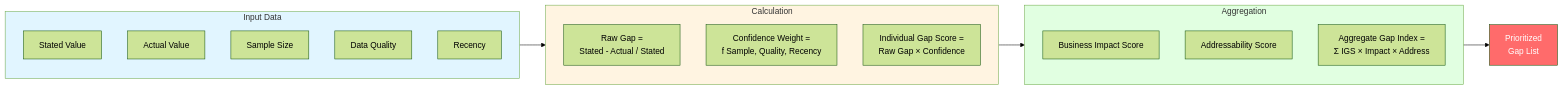
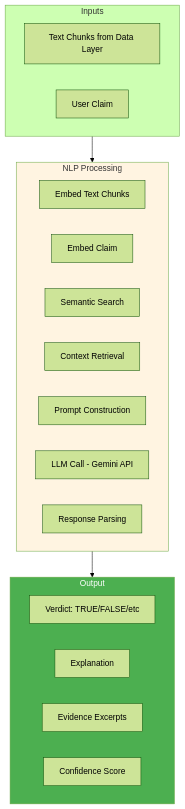
The seventh of 20 diagrams in docs/01_conceptual_framework.md (Krish-Om/contradiction-detection-system), drawn with Mermaid (forest theme) before and after one commit. The commit also changed other lines of this file and 5 other files, not shown here.

````diff
--- a/docs/01_conceptual_framework.md
+++ b/docs/01_conceptual_framework.md
@@ -215,31 +225,29 @@
 ```mermaid
-flowchart LR
-    subgraph Input["Input Data"]
-        I1[Stated Value]
-        I2[Actual Value]
-        I3[Sample Size]
-        I4[Data Quality]
-        I5[Recency]
+flowchart TD
+    subgraph Inputs["Inputs"]
+        I1[Text Chunks from Data Layer]
+        I2[User Claim]
     end
-    
-    subgraph Calculate["Calculation"]
-        C1[Raw Gap =<br/>Stated - Actual / Stated]
-        C2[Confidence Weight =<br/>f Sample, Quality, Recency]
-        C3[Individual Gap Score =<br/>Raw Gap × Confidence]
+
+    subgraph Processing["NLP Processing"]
+        P1[Embed Text Chunks]
+        P2[Embed Claim]
+        P3[Semantic Search]
+        P4[Context Retrieval]
+        P5[Prompt Construction]
+        P6[LLM Call - Gemini API]
+        P7[Response Parsing]
     end
-    
-    subgraph Aggregate["Aggregation"]
-        A1[Business Impact Score]
-        A2[Addressability Score]
-        A3[Aggregate Gap Index =<br/>Σ IGS × Impact × Address]
+
+    subgraph Output["Output"]
+        O1[Verdict: TRUE/FALSE/etc]
+        O2[Explanation]
+        O3[Evidence Excerpts]
+        O4[Confidence Score]
     end
-    
-    Input --> Calculate
-    Calculate --> Aggregate
-    Aggregate --> Output[Prioritized<br/>Gap List]
-    
-    style Input fill:#e1f5ff
-    style Calculate fill:#fff4e1
-    style Aggregate fill:#e1ffe1
-    style Output fill:#ff6b6b,color:#fff
+
+    Inputs --> Processing --> Output
+
+    style Processing fill:#fff4e1
+    style Output fill:#4caf50,color:#fff
 ```
````
